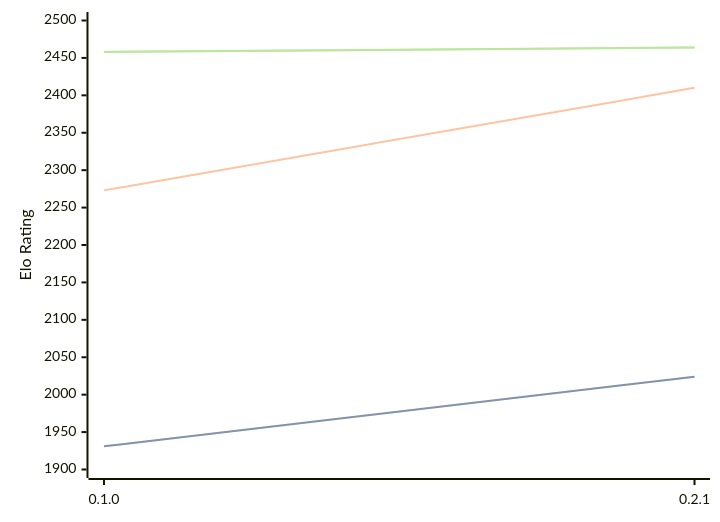
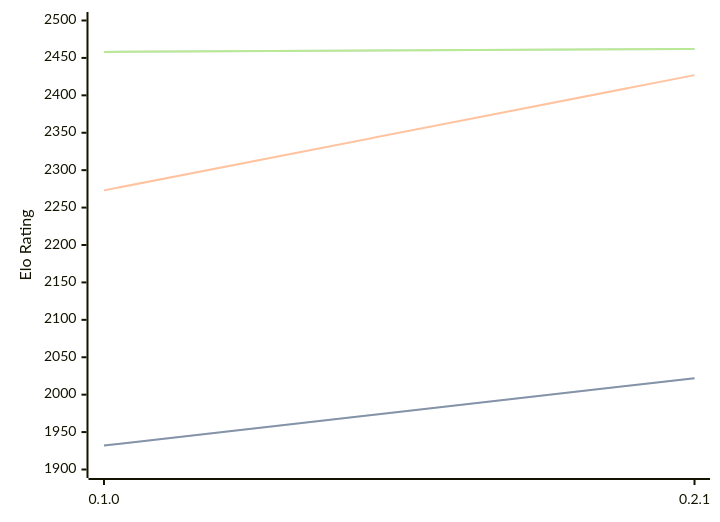
Before and after one commit to computer-chess-index/cci: the diagram in engines/Sykora.md, drawn with Mermaid. The commit also changed other lines of this file, not shown here.

Commit message:
Update CCI Ratings (ELO VLTC) - 2026-03-06

````diff
--- a/engines/Sykora.md
+++ b/engines/Sykora.md
@@ -30,11 +30,11 @@
 ```mermaid
 %%{init: {"theme":"base","themeVariables":{"seriesColors:['#a3a3a3','#222221','#faa371']}}}%%
 xychart-beta
   x-axis ["0.1.0", "0.2.1"]
   y-axis "Elo Rating" 1900 --> 2500
-  line "STC (8.0+0.08s)" [1931, 2024]
-  line "STC (8.0+0.08s)" [1931, 2024]
-  line "LTC (60.0+0.60s)" [2273, 2410]
-  line "VLTC (2m24s+1.12s)" [2458, 2464]
-  line "VLTC (2m24s+1.12s)" [2458, 2464]
+  line "STC (8.0+0.08s)" [1932, 2022]
+  line "STC (8.0+0.08s)" [1932, 2022]
+  line "LTC (60.0+0.60s)" [2273, 2427]
+  line "VLTC (2m24s+1.12s)" [2458, 2462]
+  line "VLTC (2m24s+1.12s)" [2458, 2462]
 ```
````
